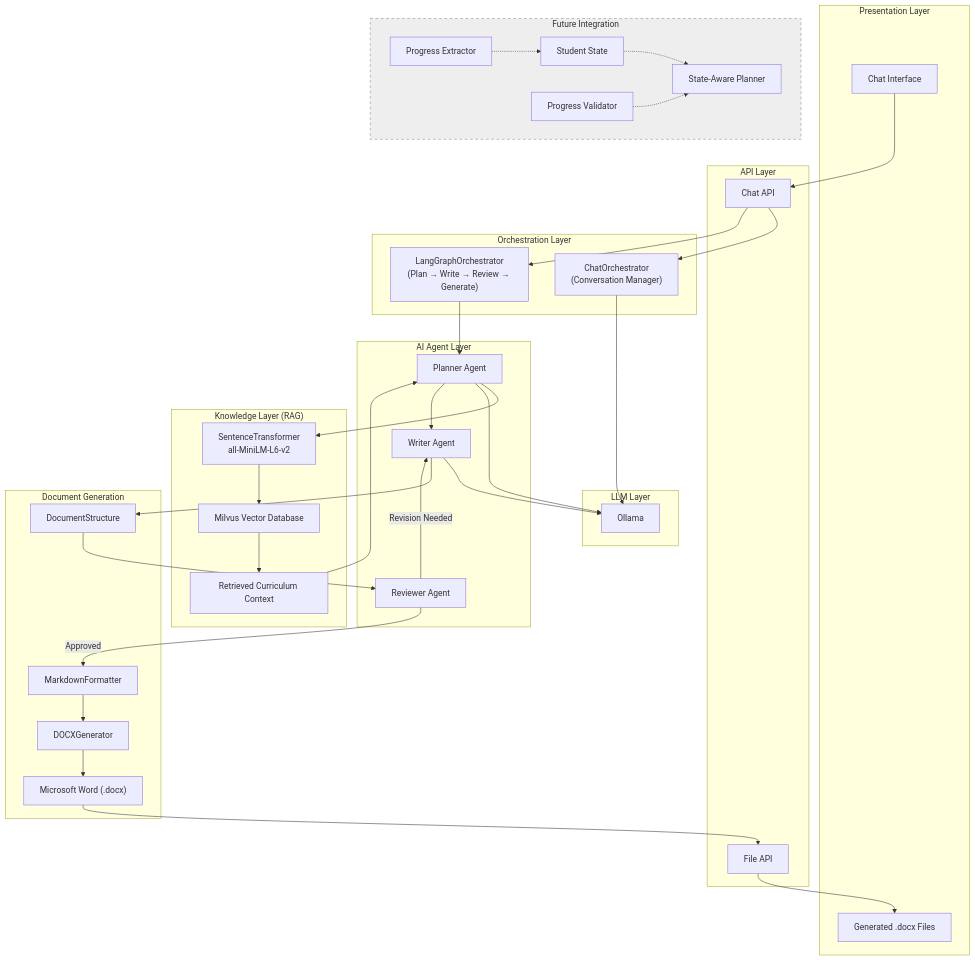
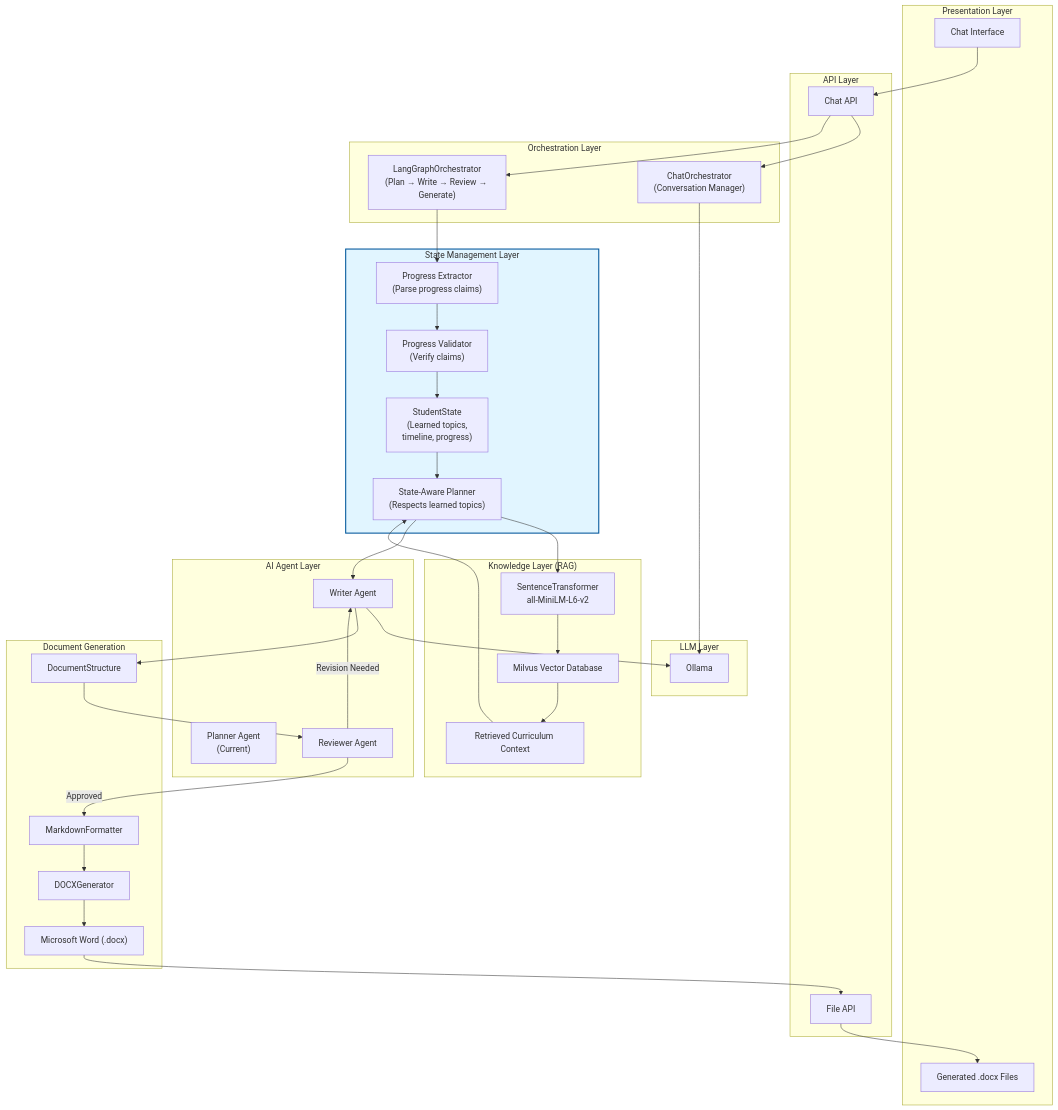
Before and after one commit to mohammed1916/RAGmultiAgentRevisableDocGenerator: the diagram in docs/diagrams/ARCHITECTURE.mermaid, drawn with Mermaid.

Commit message:
Integrate State Management components into main architecture
- Move ProgressExtractor, ProgressValidator, StudentState out of 'Future'
- Show actual data flow: Extractor → Validator → StudentState → StateAwarePlanner
- StateAwarePlanner integrates with RAG layer for curriculum context
- Clarify that current Planner Agent can be replaced by State-Aware variant
- All components now shown as implemented and active in the pipeline

```diff
--- a/docs/diagrams/ARCHITECTURE.mermaid
+++ b/docs/diagrams/ARCHITECTURE.mermaid
@@ -1,114 +1,112 @@
 graph TB
 
 %% =========================
 %% Presentation Layer
 %% =========================
 subgraph Presentation["Presentation Layer"]
     UI["Chat Interface"]
     Files["Generated .docx Files"]
 end
 
 %% =========================
 %% API Layer
 %% =========================
 subgraph API["API Layer"]
     ChatAPI["Chat API"]
     FileAPI["File API"]
 end
 
 %% =========================
 %% Orchestration Layer
 %% =========================
 subgraph Orch["Orchestration Layer"]
     ChatOrch["ChatOrchestrator<br/>(Conversation Manager)"]
     LangGraph["LangGraphOrchestrator<br/>(Plan → Write → Review → Generate)"]
 end
 
 %% =========================
 %% AI Agents
 %% =========================
 subgraph Agents["AI Agent Layer"]
-    Planner["Planner Agent"]
+    Planner["Planner Agent<br/>(Current)"]
     Writer["Writer Agent"]
     Reviewer["Reviewer Agent"]
 end
 
 %% =========================
 %% Knowledge Layer
 %% =========================
 subgraph Knowledge["Knowledge Layer (RAG)"]
     Embed["SentenceTransformer<br/>all-MiniLM-L6-v2"]
     Milvus["Milvus Vector Database"]
     Context["Retrieved Curriculum Context"]
 end
 
 %% =========================
 %% LLM Layer
 %% =========================
 subgraph LLM["LLM Layer"]
     Ollama["Ollama"]
 end
 
 %% =========================
 %% Document Generation
 %% =========================
 subgraph Docs["Document Generation"]
     Structure["DocumentStructure"]
     Markdown["MarkdownFormatter"]
     DOCX["DOCXGenerator"]
     Word["Microsoft Word (.docx)"]
 end
 
 %% =========================
-%% Future Components
+%% State Management Layer
 %% =========================
-subgraph Future["Future Integration"]
-    Extractor["Progress Extractor"]
-    State["Student State"]
-    Validator["Progress Validator"]
-    SAP["State-Aware Planner"]
+subgraph StateManagement["State Management Layer"]
+    Extractor["Progress Extractor<br/>(Parse progress claims)"]
+    Validator["Progress Validator<br/>(Verify claims)"]
+    State["StudentState<br/>(Learned topics,<br/>timeline, progress)"]
+    SAP["State-Aware Planner<br/>(Respects learned topics)"]
 end
 
 %% =========================
 %% Flow
 %% =========================
 
 UI --> ChatAPI
 
 ChatAPI --> ChatOrch
 ChatAPI --> LangGraph
 
 ChatOrch --> Ollama
 
-LangGraph --> Planner
+%% State extraction and management
+LangGraph --> Extractor
+Extractor --> Validator
+Validator --> State
+State --> SAP
 
-Planner --> Embed
+%% Planning with state awareness
+SAP --> Embed
 Embed --> Milvus
 Milvus --> Context
-Context --> Planner
+Context --> SAP
 
-Planner --> Ollama
-
-Planner --> Writer
+SAP --> Writer
 
 Writer --> Ollama
 
 Writer --> Structure
 
 Structure --> Reviewer
 
 Reviewer -->|Approved| Markdown
 Reviewer -->|Revision Needed| Writer
 
 Markdown --> DOCX
 DOCX --> Word
 
 Word --> FileAPI
 FileAPI --> Files
 
-%% Future
-Extractor -.-> State
-State -.-> SAP
-Validator -.-> SAP
-
-style Future fill:#eeeeee,stroke:#888888,stroke-dasharray: 5 5
+style StateManagement fill:#e1f5ff,stroke:#01579b,stroke-width:2px
```
